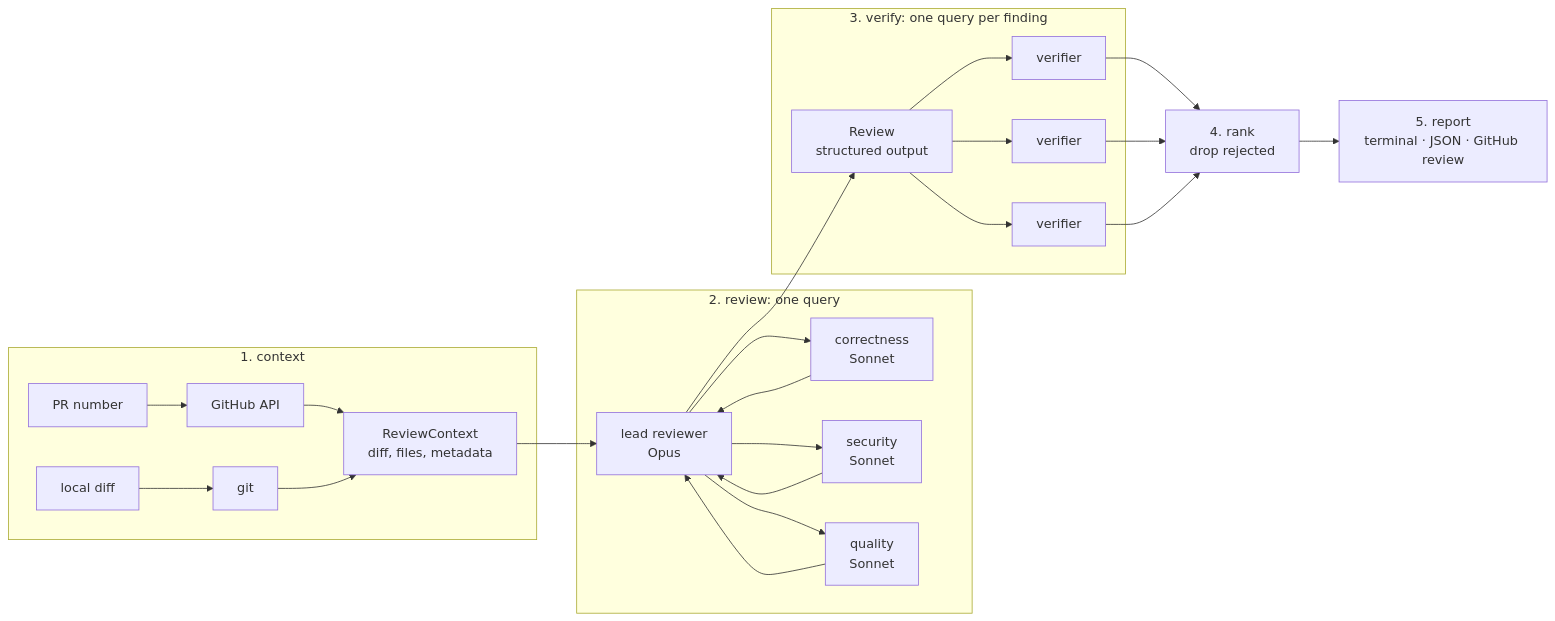
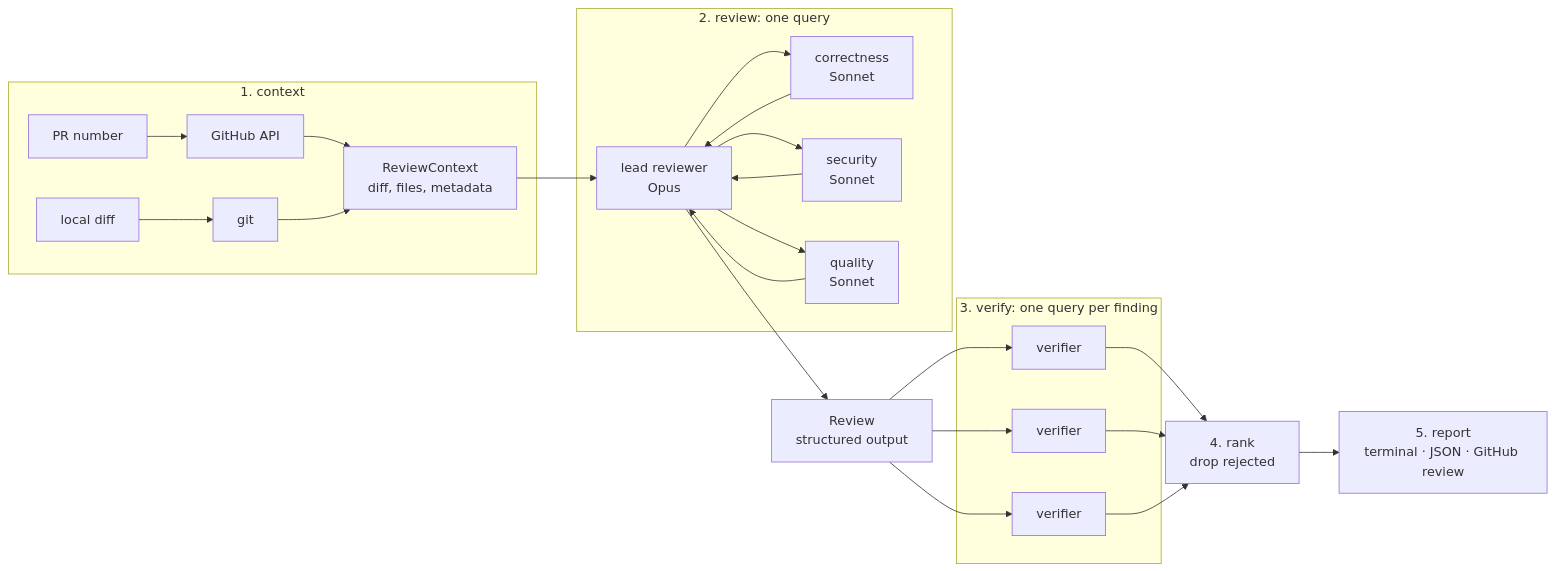
One commit to hamseabd/argus changed the diagram in README.md. Above: the diagram before and after it, drawn with Mermaid. The commit also changed 2 other files, not shown here.

Commit message:
docs(readme): keep the lead inside the review subgraph; ci: cap the review job
Argus's review of this PR pointed out that mermaid places a node in the first subgraph that mentions it, so the top-level CTX --> LEAD edge written before the review subgraph pulled the lead out of it. Nodes are now declared inside their subgraphs and every cross-subgraph edge comes last.

The same run sat silent for five minutes before it was cancelled; the review job now has a 30-minute timeout so a stuck run cannot hold the runner and the quota window for the six-hour default.

````diff
--- a/README.md
+++ b/README.md
@@ -23,32 +23,33 @@
 ```mermaid
 flowchart LR
     subgraph context[1. context]
         PR[PR number] --> GH[GitHub API]
         LD[local diff] --> GIT[git]
         GH --> CTX[ReviewContext<br/>diff, files, metadata]
         GIT --> CTX
     end
-    CTX --> LEAD
 
     subgraph review[2. review: one query]
         LEAD[lead reviewer<br/>Opus]
-        LEAD --> C[correctness<br/>Sonnet]
-        LEAD --> S[security<br/>Sonnet]
-        LEAD --> Q[quality<br/>Sonnet]
-        C --> LEAD
-        S --> LEAD
-        Q --> LEAD
+        C[correctness<br/>Sonnet]
+        S[security<br/>Sonnet]
+        Q[quality<br/>Sonnet]
+        LEAD --> C --> LEAD
+        LEAD --> S --> LEAD
+        LEAD --> Q --> LEAD
     end
-    LEAD --> REV[Review<br/>structured output]
 
     subgraph verify[3. verify: one query per finding]
-        REV --> V1[verifier]
-        REV --> V2[verifier]
-        REV --> V3[verifier]
+        V1[verifier]
+        V2[verifier]
+        V3[verifier]
     end
-    V1 --> RANK
-    V2 --> RANK
-    V3 --> RANK
 
-    RANK[4. rank<br/>drop rejected] --> OUT[5. report<br/>terminal · JSON · GitHub review]
+    RANK[4. rank<br/>drop rejected]
+    OUT[5. report<br/>terminal · JSON · GitHub review]
+
+    CTX --> LEAD
+    LEAD --> REV[Review<br/>structured output]
+    REV --> V1 & V2 & V3
+    V1 & V2 & V3 --> RANK --> OUT
 ```
````
